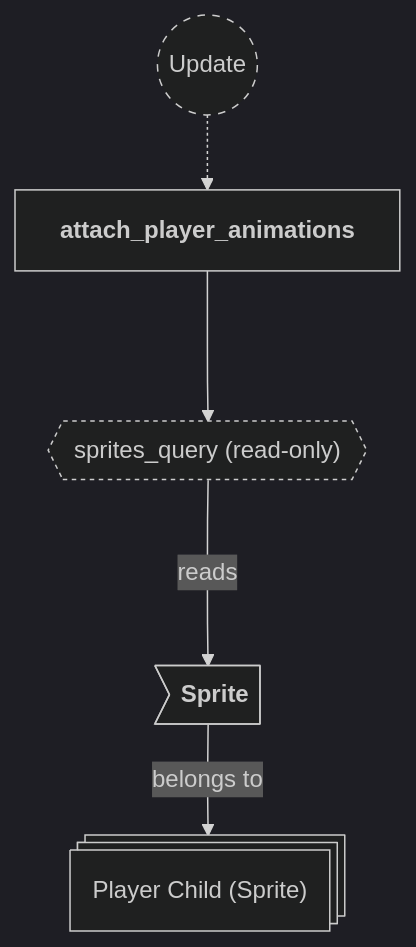
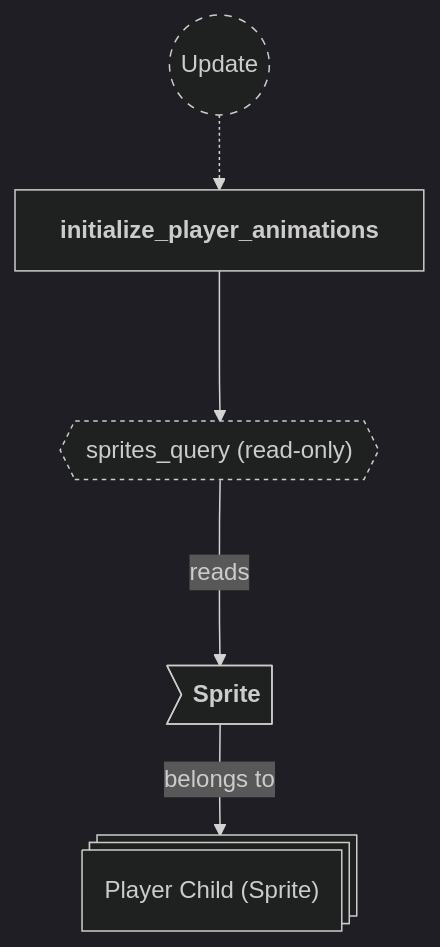
The seventh of 24 diagrams in backlog/docs/doc-5 - 004-Animations-plugin.md (neurosoup/tyled), drawn with Mermaid before and after one commit. The commit also changed other lines of this file and 4 other files, not shown here.

````diff
--- a/backlog/docs/doc-5 - 004-Animations-plugin.md
+++ b/backlog/docs/doc-5 - 004-Animations-plugin.md
@@ -301,24 +301,24 @@
 ```mermaid
 ---
 config:
   theme: dark
 ---
 
 flowchart TD
 classDef system-group stroke-dasharray: 5 5
 classDef query stroke-dasharray: 3 3
 
 update(("`Update`")):::system-group
-attach_player_animations["`**attach_player_animations**`"]
+initialize_player_animations["`**initialize_player_animations**`"]
 
-update -.-> attach_player_animations
+update -.-> initialize_player_animations
 
 sprites_query{{"`sprites_query (read-only)`"}}:::query
-attach_player_animations ---> sprites_query
+initialize_player_animations ---> sprites_query
 
 child_entity@{ shape: st-rect, label: "Player Child (Sprite)" }
 
 ce_sprite>"`**Sprite**`"] --> |belongs to| child_entity
 
 sprites_query ---> |reads| ce_sprite
 ```
````
